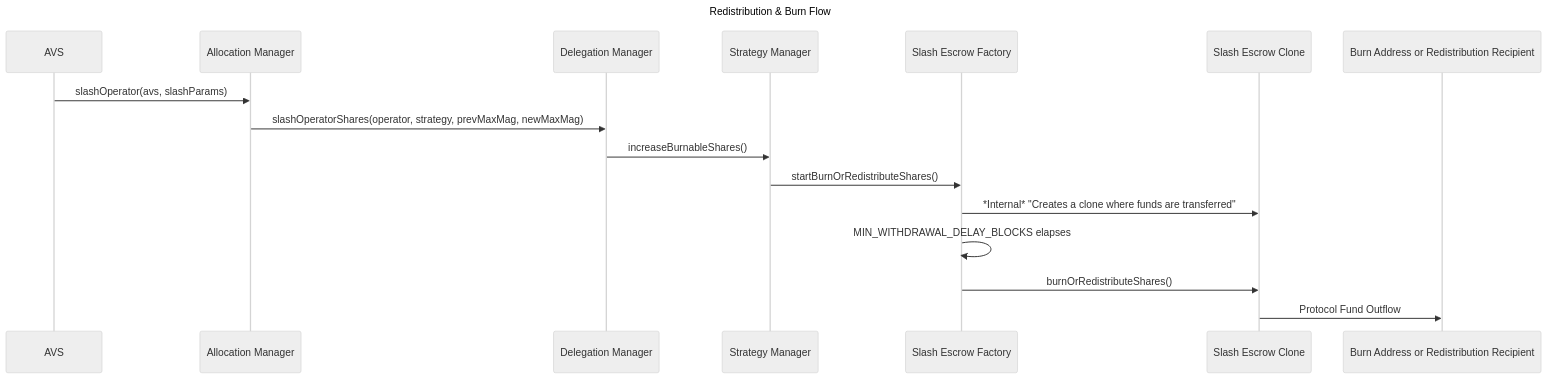
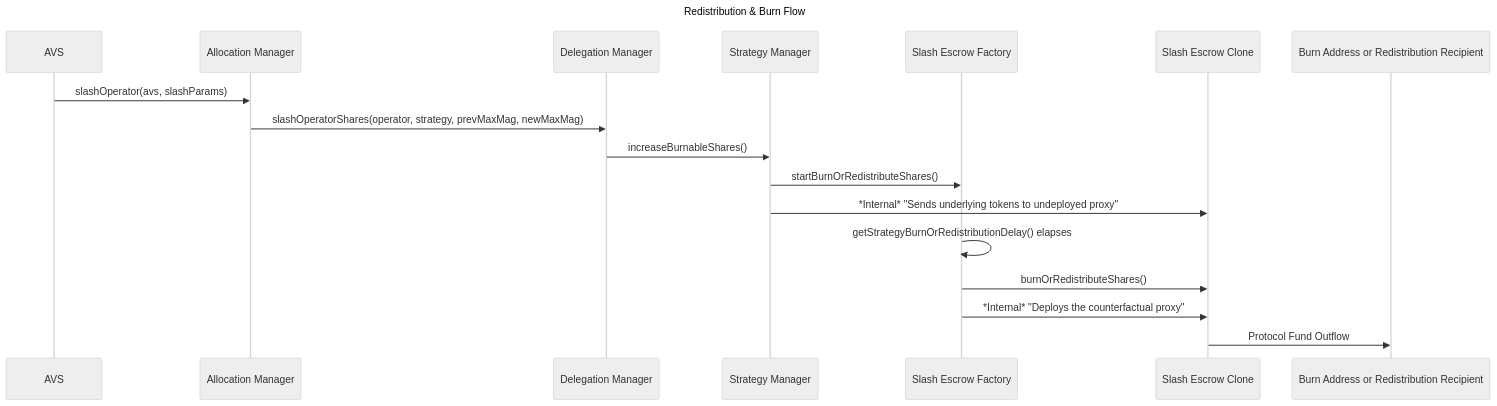
One commit to eigenfoundation/ELIPs changed the diagram in ELIPs/ELIP-006.md. Above: the diagram before and after it, drawn with Mermaid (neutral theme).

Commit message:
docs: update diagram

````diff
--- a/ELIPs/ELIP-006.md
+++ b/ELIPs/ELIP-006.md
@@ -168,21 +168,23 @@
 ```mermaid
 sequenceDiagram
     title Redistribution & Burn Flow
 
     participant AVS
     participant ALM as Allocation Manager
     participant DM as Delegation Manager
     participant SM as Strategy Manager
     participant SEF as Slash Escrow Factory
     participant CL as Slash Escrow Clone
     participant BR as Burn Address or Redistribution Recipient
 
     AVS->>ALM: slashOperator(avs, slashParams)
     ALM->>DM: slashOperatorShares(operator, strategy, prevMaxMag, newMaxMag)
     DM->>SM: increaseBurnableShares()
     SM->>SEF: startBurnOrRedistributeShares()
-    SEF->>CL: *Internal* "Creates a clone where funds are transferred"
-    SEF->>SEF: MIN_WITHDRAWAL_DELAY_BLOCKS elapses
+    SM->>CL: *Internal* "Sends underlying tokens to undeployed proxy"
+    
+    SEF->>SEF: getStrategyBurnOrRedistributionDelay() elapses
     SEF->>CL: burnOrRedistributeShares()
+    SEF->>CL: *Internal* "Deploys the counterfactual proxy"
     CL->>BR: Protocol Fund Outflow
 ```
````
